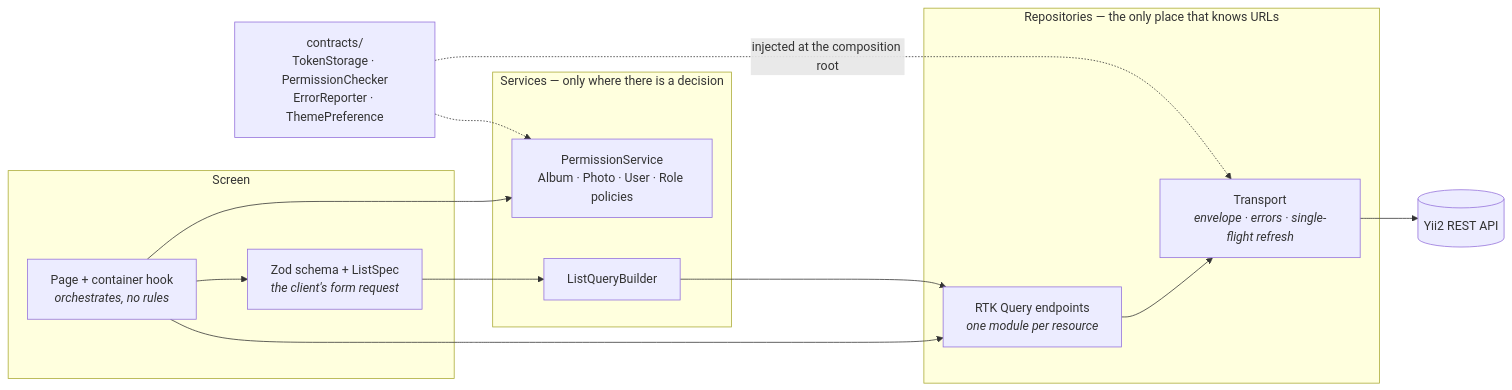
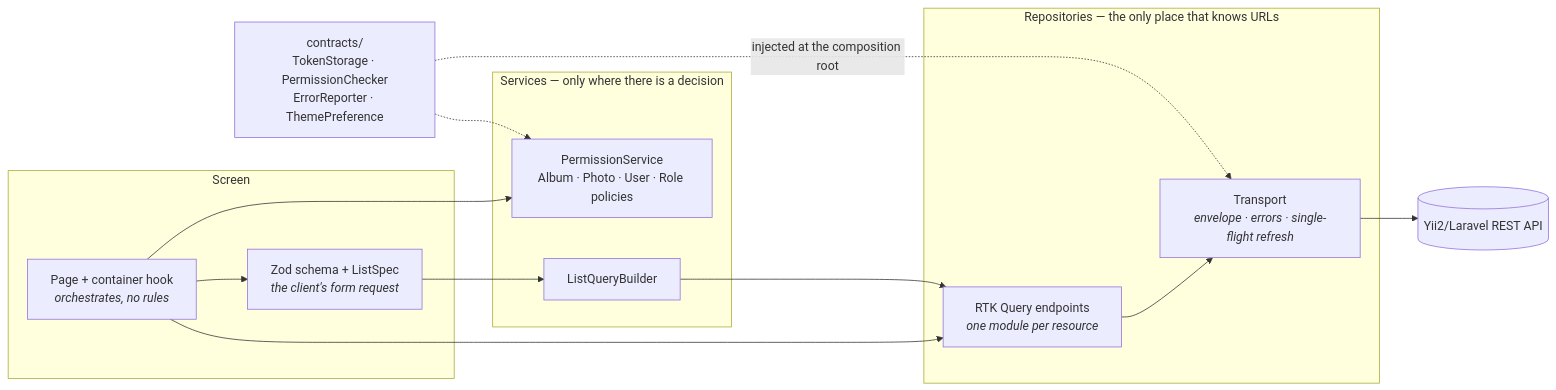
One commit to fuegoalma/react-client-sample changed the diagram in README.md. Above: the diagram before and after it, drawn with Mermaid. The commit also changed other lines of this file and 6 other files, not shown here.

````diff
--- a/README.md
+++ b/README.md
@@ -46,30 +46,30 @@
 ```mermaid
 flowchart LR
   subgraph UI["Screen"]
     P["Page + container hook<br/><i>orchestrates, no rules</i>"]
     F["Zod schema + ListSpec<br/><i>the client's form request</i>"]
   end
 
   subgraph Logic["Services — only where there is a decision"]
     POL["PermissionService<br/>Album · Photo · User · Role policies"]
     LQ["ListQueryBuilder"]
   end
 
   subgraph Data["Repositories — the only place that knows URLs"]
     R["RTK Query endpoints<br/><i>one module per resource</i>"]
     T["Transport<br/><i>envelope · errors · single-flight refresh</i>"]
   end
 
   C["contracts/<br/>TokenStorage · PermissionChecker<br/>ErrorReporter · ThemePreference"]
-  API[("Yii2 REST API")]
+  API[("Yii2/Laravel REST API")]
 
   P --> POL
   P --> F
   P --> R
   F --> LQ
   LQ --> R
   R --> T
   T --> API
   C -. "injected at the composition root" .-> T
   C -.-> POL
 ```
````
